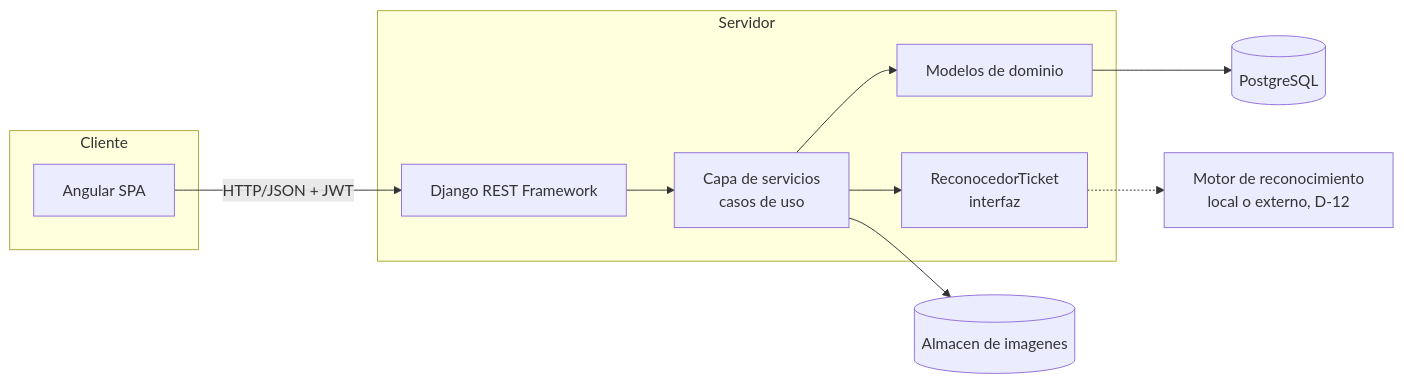
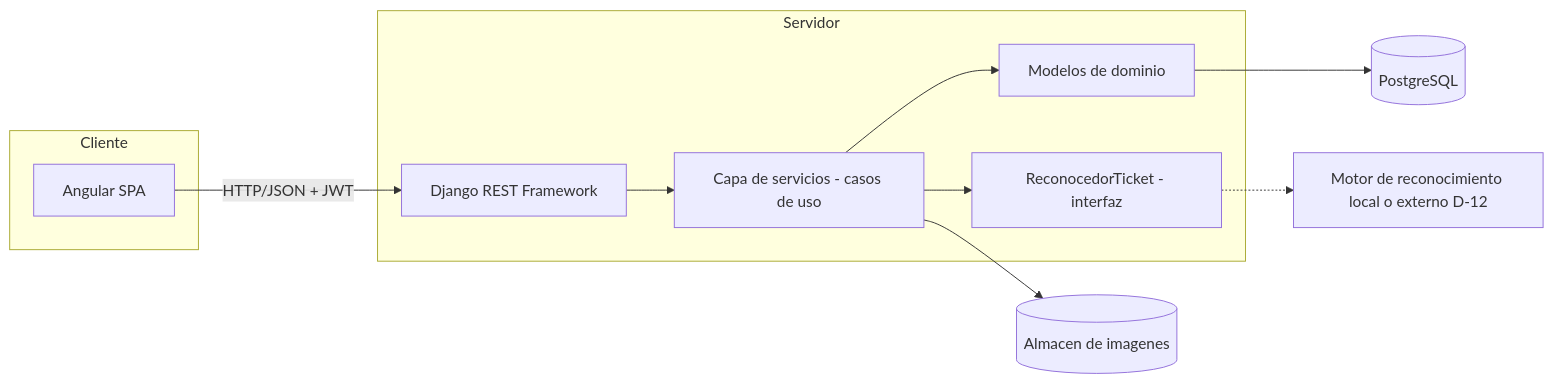
Before and after one commit to adlerOmonte1/LogisticaMinera: the diagram in docs/model-c4/ARQ-02_Arquitectura_Tecnica.md, drawn with Mermaid. The commit also changed other lines of this file and 91 other files, not shown here.

````diff
--- a/docs/model-c4/ARQ-02_Arquitectura_Tecnica.md
+++ b/docs/model-c4/ARQ-02_Arquitectura_Tecnica.md
@@ -31,23 +31,23 @@
 ```mermaid
 flowchart LR
     subgraph Cliente
         NG[Angular SPA]
     end
     subgraph Servidor
         API[Django REST Framework]
-        SRV[Capa de servicios<br/>casos de uso]
+        SRV[Capa de servicios - casos de uso]
         DOM[Modelos de dominio]
-        REC[ReconocedorTicket<br/>interfaz]
+        REC[ReconocedorTicket - interfaz]
     end
-    MOT[Motor de reconocimiento<br/>local o externo, D-12]
+    MOT[Motor de reconocimiento local o externo D-12]
     DB[(PostgreSQL)]
     IMG[(Almacen de imagenes)]
 
     NG -->|HTTP/JSON + JWT| API
     API --> SRV
     SRV --> DOM
     SRV --> REC
     REC -.-> MOT
     DOM --> DB
     SRV --> IMG
 ```
````
